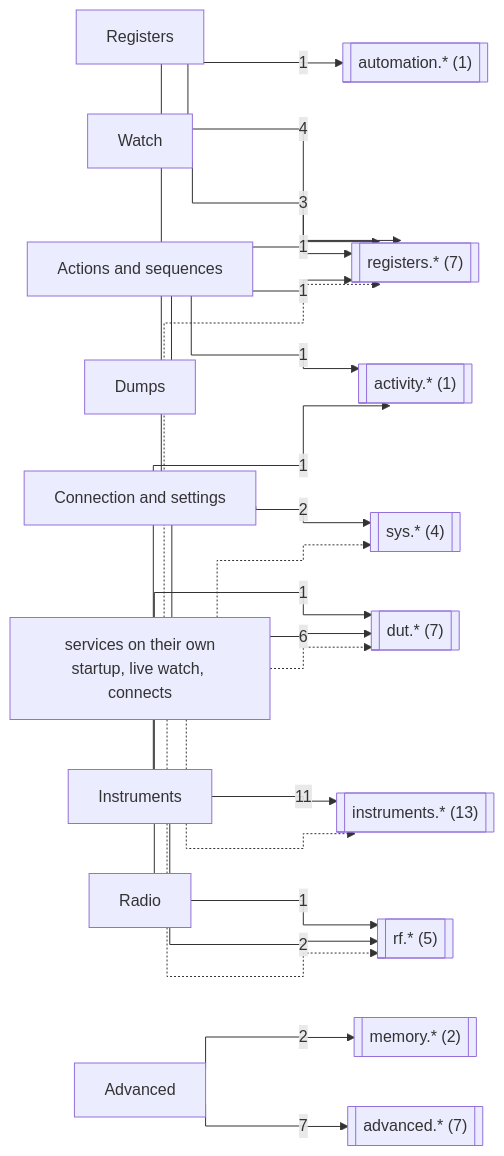
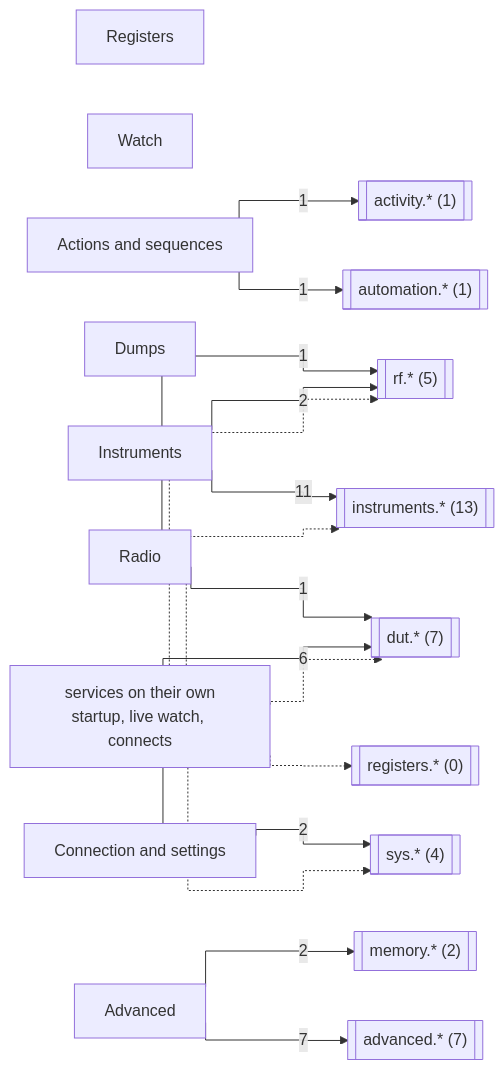
Before and after one commit to ShoyonK/sample_ui: diagram 24 of 30 in docs/ARCHITECTURE.md, drawn with Mermaid. The commit also changed other lines of this file and 315 other files, not shown here.

````diff
--- a/docs/ARCHITECTURE.md
+++ b/docs/ARCHITECTURE.md
@@ -862,42 +885,37 @@
 ```mermaid
 %%{init: {"flowchart": {"curve": "stepBefore"}}}%%
 flowchart LR
     Registers["Registers"]
     Watch["Watch"]
     Actions_and_sequences["Actions and sequences"]
     Dumps["Dumps"]
     Radio["Radio"]
     Instruments["Instruments"]
     Advanced["Advanced"]
     Connection_and_settings["Connection and settings"]
     ns_sys[["sys.* (4)"]]
     ns_dut[["dut.* (7)"]]
-    ns_registers[["registers.* (7)"]]
+    ns_registers[["registers.* (0)"]]
     ns_rf[["rf.* (5)"]]
     ns_automation[["automation.* (1)"]]
     ns_activity[["activity.* (1)"]]
     ns_instruments[["instruments.* (13)"]]
     ns_memory[["memory.* (2)"]]
     ns_advanced[["advanced.* (7)"]]
-    Registers -->|4| ns_registers
-    Watch -->|3| ns_registers
     Actions_and_sequences -->|1| ns_automation
     Actions_and_sequences -->|1| ns_activity
-    Dumps -->|1| ns_registers
     Radio -->|1| ns_dut
     Radio -->|1| ns_rf
     Instruments -->|11| ns_instruments
     Instruments -->|2| ns_rf
-    Instruments -->|1| ns_activity
     Advanced -->|7| ns_advanced
     Advanced -->|2| ns_memory
     Connection_and_settings -->|6| ns_dut
-    Connection_and_settings -->|1| ns_registers
     Connection_and_settings -->|2| ns_sys
     bgsvc["services on their own<br/>startup, live watch, connects"]
     bgsvc -.-> ns_sys
     bgsvc -.-> ns_registers
     bgsvc -.-> ns_rf
     bgsvc -.-> ns_instruments
     bgsvc -.-> ns_dut
 ```
````
